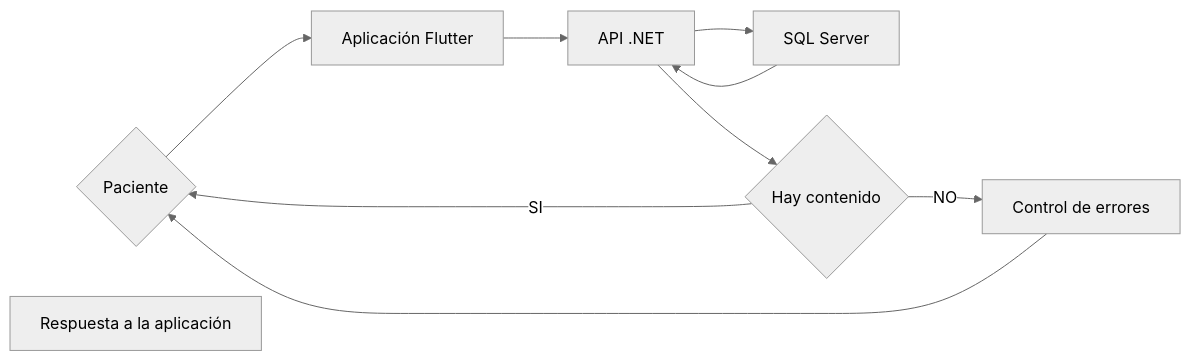
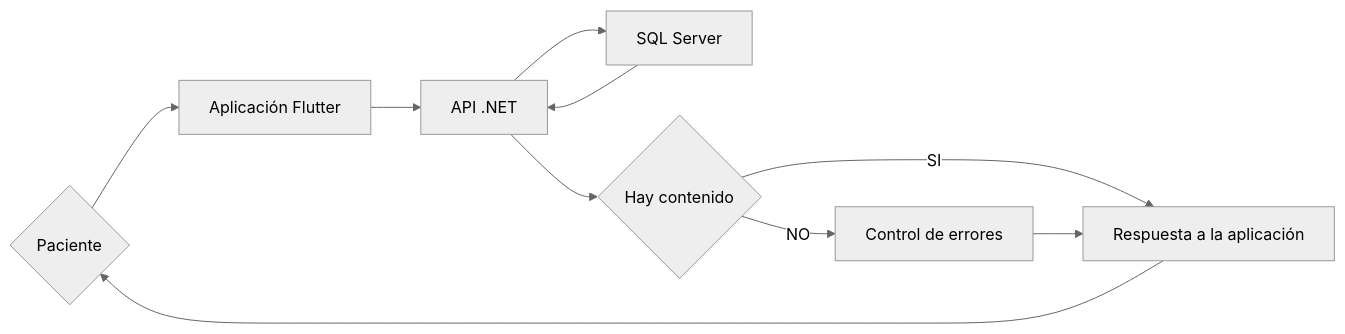
The second of 2 diagrams in README.md (stivengm/README), drawn with Mermaid (neutral theme) before and after one commit.

Commit message:
Update transitions in README for clarity

````diff
--- a/README.md
+++ b/README.md
@@ -35,24 +35,26 @@
 ```mermaid
 
 graph LR;
 
 P{Paciente}
 F[Aplicación Flutter]
 B[API .NET]
 S[SQL Server]
 R[Respuesta a la aplicación]
 H{Hay contenido}
 C[Control de errores]
 
 P --> F
 F --> B
 B --> S
 S --> B
 B --> H
 
-H --> |SI| P
+H --> |SI| R
 H --> |NO| C
 
-C --> P
+C --> R
+
+R --> P
 
 ```
````
